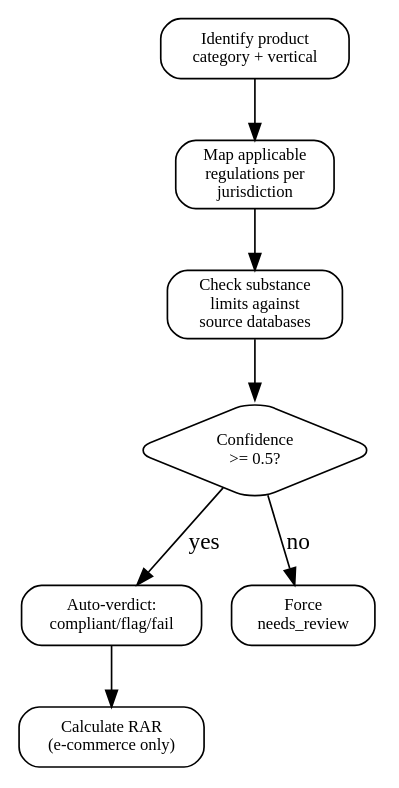
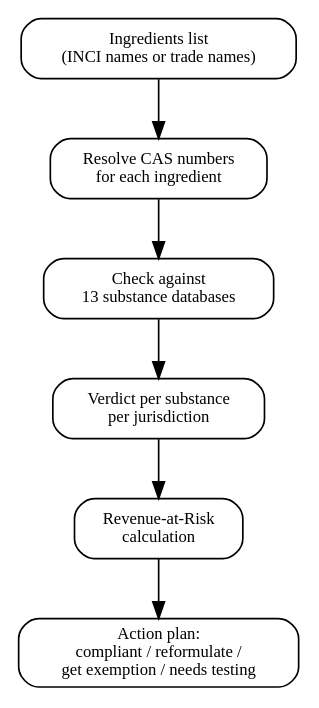
One commit to Cleo-Labs-IA/skills_library changed the diagram in skills/product-compliance/SKILL.md. Above: the diagram before and after it, drawn with Graphviz. The commit also changed other lines of this file and 20 other files, not shown here.

````diff
--- a/skills/product-compliance/SKILL.md
+++ b/skills/product-compliance/SKILL.md
@@ -47,16 +16,12 @@
 ```dot
-digraph assess {
+digraph {
   rankdir=TB; node [shape=box style=rounded fontsize=10];
-  cat [label="Identify product\ncategory + vertical"];
-  fw [label="Map applicable\nregulations per\njurisdiction"];
-  sub [label="Check substance\nlimits against\nsource databases"];
-  conf [label="Confidence\n>= 0.5?" shape=diamond];
-  verdict [label="Auto-verdict:\ncompliant/flag/fail"];
-  review [label="Force\nneeds_review"];
-  rar [label="Calculate RAR\n(e-commerce only)"];
-  cat -> fw -> sub -> conf;
-  conf -> verdict [label="yes"];
-  conf -> review [label="no"];
-  verdict -> rar;
+  input [label="Ingredients list\n(INCI names or trade names)"];
+  cas [label="Resolve CAS numbers\nfor each ingredient"];
+  check [label="Check against\n13 substance databases"];
+  verdict [label="Verdict per substance\nper jurisdiction"];
+  rar [label="Revenue-at-Risk\ncalculation"];
+  action [label="Action plan:\ncompliant / reformulate /\nget exemption / needs testing"];
+  input -> cas -> check -> verdict -> rar -> action;
 }
 ```
````
